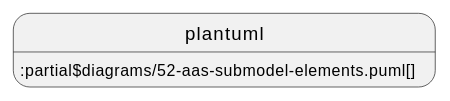
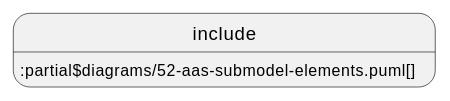
Before and after one commit to acplt/aas-specs: the fifth of 5 diagrams in documentation/IDTA-01001/modules/ROOT/pages/spec-metamodel/referencing.adoc, drawn with PlantUML. The commit also changed other lines of this file and 14 other files, not shown here.

First line of the commit message:
Revert "Use plantuml instead of include and test ./"

```diff
--- a/documentation/IDTA-01001/modules/ROOT/pages/spec-metamodel/referencing.adoc
+++ b/documentation/IDTA-01001/modules/ROOT/pages/spec-metamodel/referencing.adoc
@@ -172,4 +172,4 @@
 [plantuml, 52-aas-submodel-elements, svg]
 ....
-plantuml::partial$diagrams/52-aas-submodel-elements.puml[]
+include::partial$diagrams/52-aas-submodel-elements.puml[]
 ....
```
